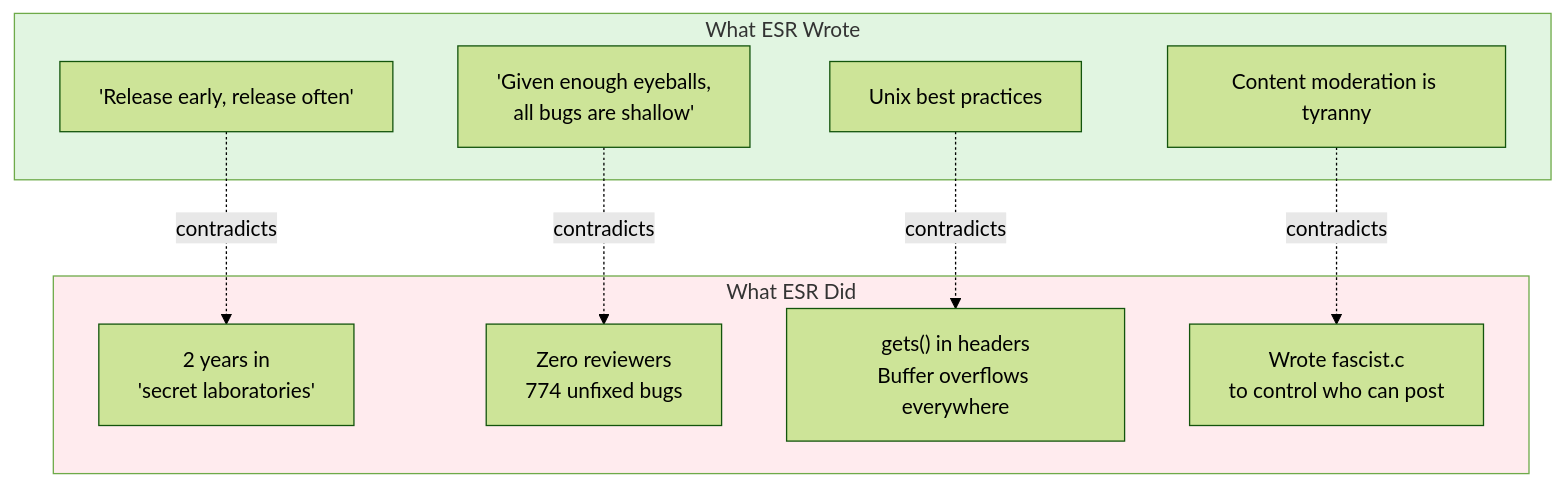
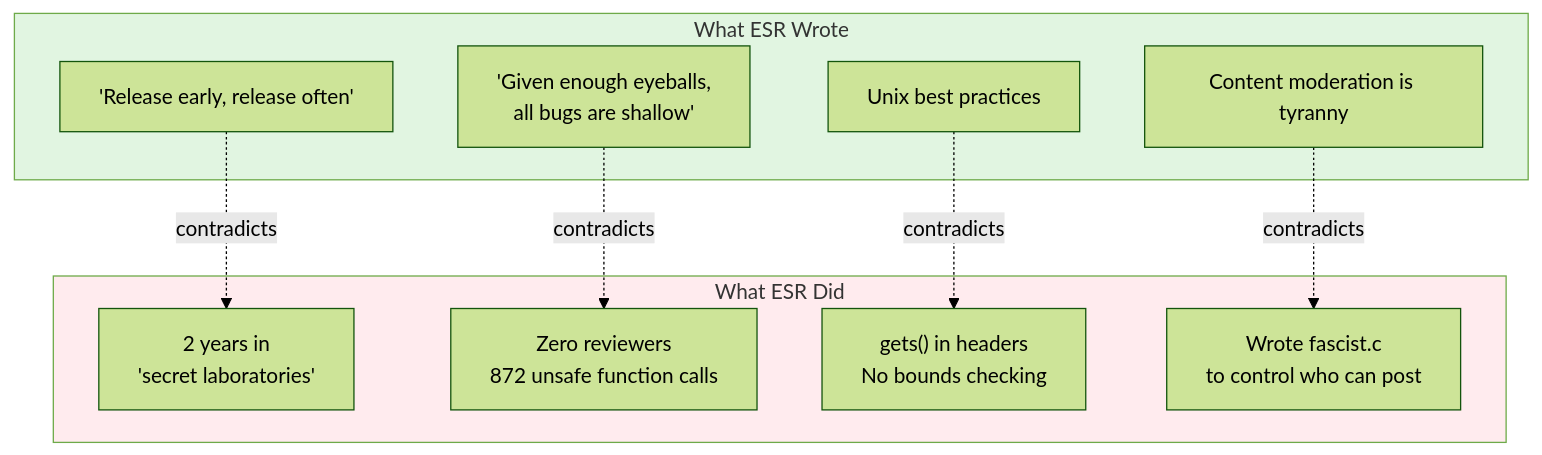
One commit to SimHacker/tmnn7-8 changed the first of 2 diagrams in README.md. Above: the diagram before and after it, drawn with Mermaid (forest theme). The commit also changed other lines of this file and 2 other files, not shown here.

````diff
--- a/README.md
+++ b/README.md
@@ -53,24 +75,24 @@
 ```mermaid
 flowchart TB
     subgraph wrote["What ESR Wrote"]
         catb["'Release early, release often'"]
         eyes["'Given enough eyeballs,<br/>all bugs are shallow'"]
         unix["Unix best practices"]
         mod["Content moderation is tyranny"]
     end
     
     subgraph did["What ESR Did"]
         secret["2 years in<br/>'secret laboratories'"]
-        zero["Zero reviewers<br/>774 unfixed bugs"]
-        vuln["gets() in headers<br/>Buffer overflows everywhere"]
+        zero["Zero reviewers<br/>872 unsafe function calls"]
+        vuln["gets() in headers<br/>No bounds checking"]
         fascist["Wrote fascist.c<br/>to control who can post"]
     end
     
     catb -.->|contradicts| secret
     eyes -.->|contradicts| zero
     unix -.->|contradicts| vuln
     mod -.->|contradicts| fascist
     
     style wrote fill:#e1f5e1
     style did fill:#ffebee
 ```
````
